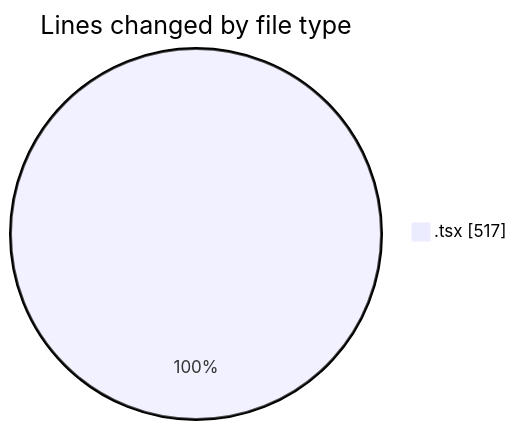
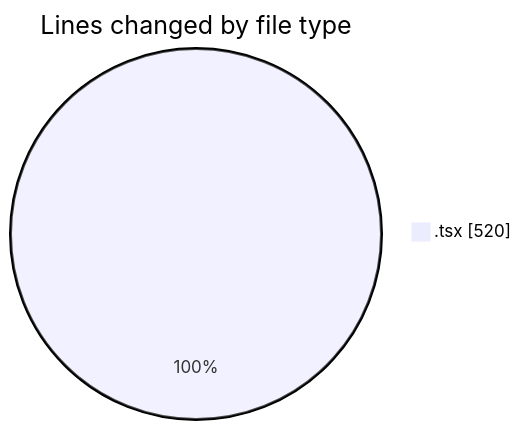
Before and after one commit to nxtqubesakshisongat/code-tracking: the first of 2 diagrams in 2026-02-23/nxtqube_webapp/README.md, drawn with Mermaid. The commit also changed other lines of this file and 1 other file, not shown here.

````diff
--- a/2026-02-23/nxtqube_webapp/README.md
+++ b/2026-02-23/nxtqube_webapp/README.md
@@ -21,5 +21,5 @@
 ```mermaid
 pie showData
 title Lines changed by file type
-".tsx" : 517
+".tsx" : 520
 ```
````
